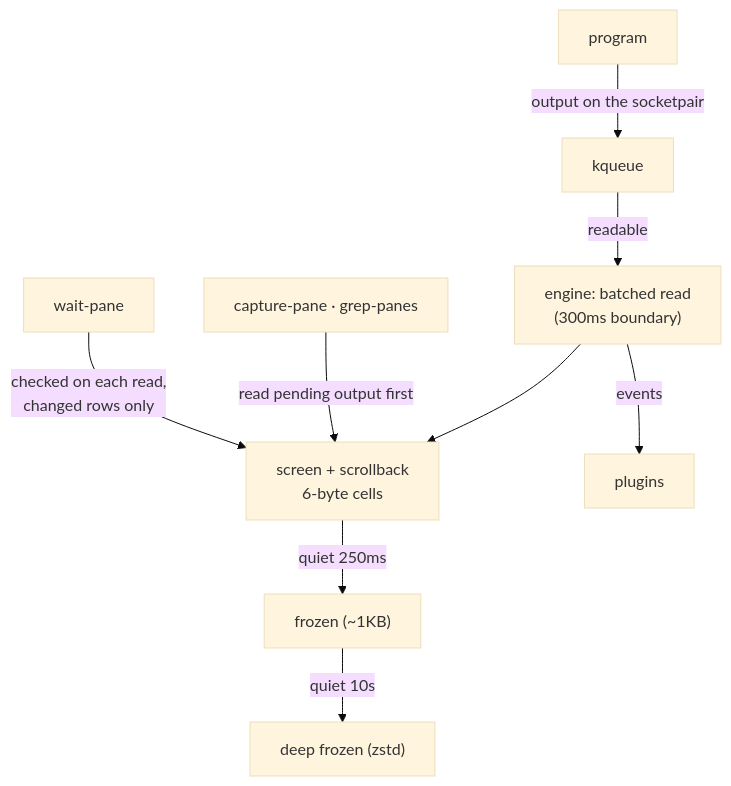
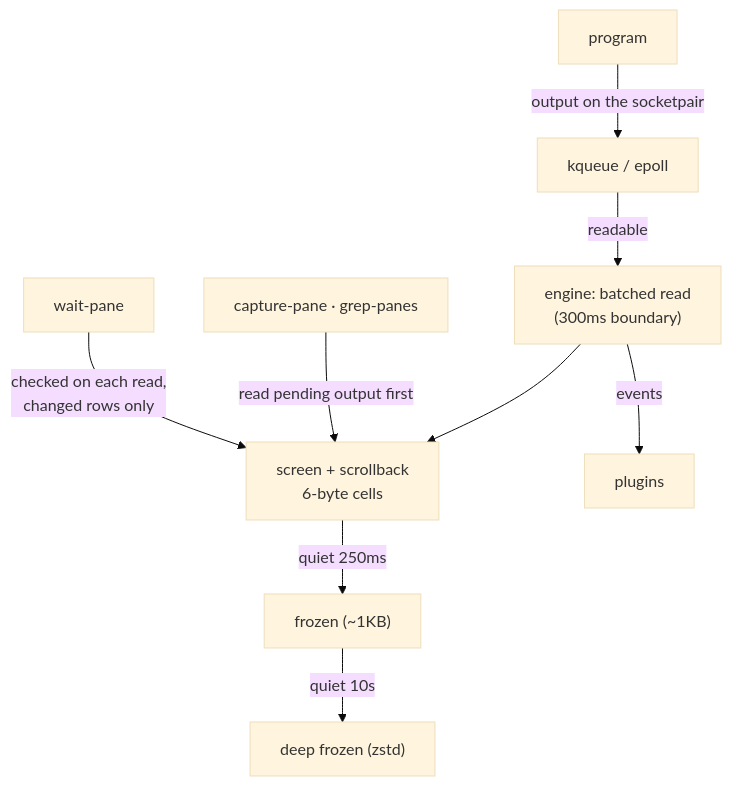
Before and after one commit to CreatiCoding/zeropty: the diagram in website/src/guide/concepts/screens.md, drawn with Mermaid (base theme). The commit also changed 19 other files, not shown here.

````diff
--- a/website/src/guide/concepts/screens.md
+++ b/website/src/guide/concepts/screens.md
@@ -9,11 +9,11 @@
 ```mermaid
 flowchart TB
-  p["program"] -->|"output on the socketpair"| k["kqueue"]
+  p["program"] -->|"output on the socketpair"| k["kqueue / epoll"]
   k -->|"readable"| r["engine: batched read<br/>(300ms boundary)"]
   r --> s["screen + scrollback<br/>6-byte cells"]
   s -->|"quiet 250ms"| f["frozen (~1KB)"]
   f -->|"quiet 10s"| d["deep frozen (zstd)"]
   c["capture-pane · grep-panes"] -->|"read pending output first"| s
   w["wait-pane"] -->|"checked on each read,<br/>changed rows only"| s
   r -->|"events"| pl["plugins"]
 ```
````
